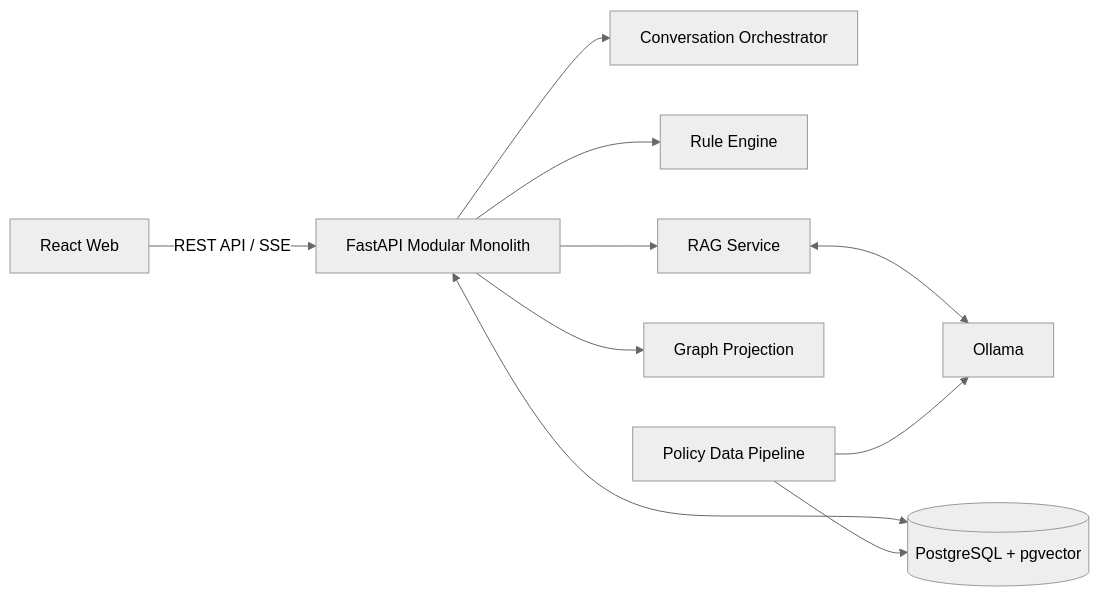
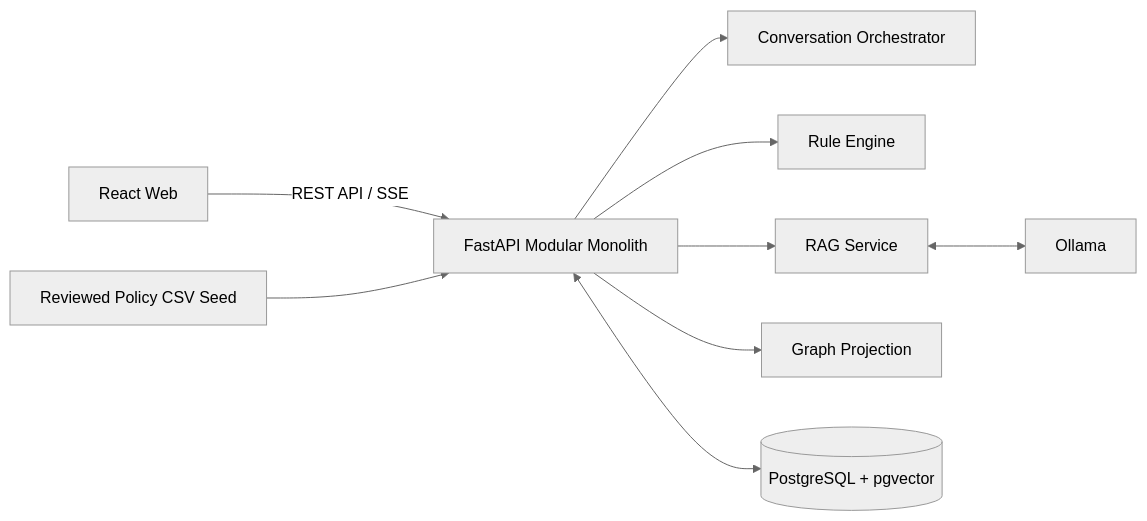
The diagram in docs/architecture/system-overview.md (omgm-policy-navigator/OMGM), drawn with Mermaid (neutral theme) before and after one commit. The commit also changed other lines of this file and 46 other files, not shown here.

Commit message:
feat: load reviewed policy CSV seed directly

````diff
--- a/docs/architecture/system-overview.md
+++ b/docs/architecture/system-overview.md
@@ -15,12 +15,11 @@
 ```mermaid
 flowchart LR
     Web[React Web] -->|REST API / SSE| API[FastAPI Modular Monolith]
     API --> Conversation[Conversation Orchestrator]
     API --> Rule[Rule Engine]
     API --> RAG[RAG Service]
     API --> Graph[Graph Projection]
     API <--> PG[(PostgreSQL + pgvector)]
     RAG <--> Ollama[Ollama]
-    Pipeline[Policy Data Pipeline] --> PG
-    Pipeline --> Ollama
+    Seed[Reviewed Policy CSV Seed] --> API
 ```
````
